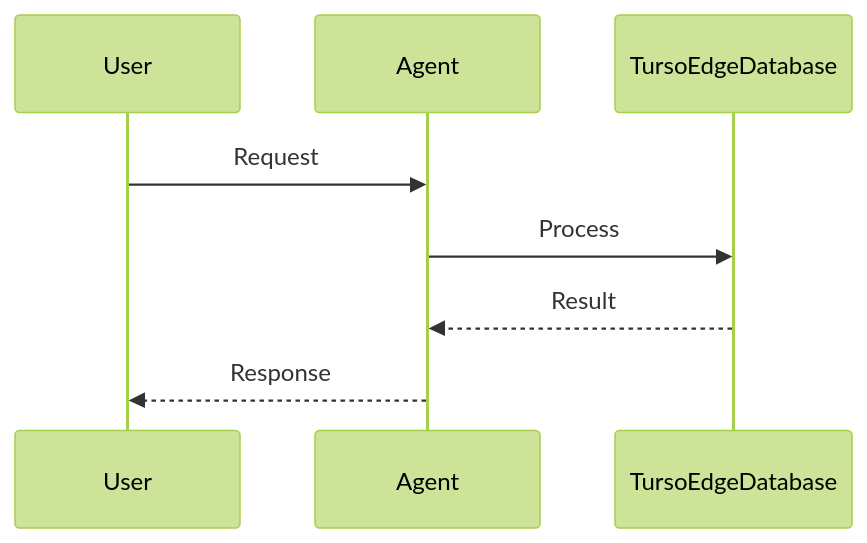
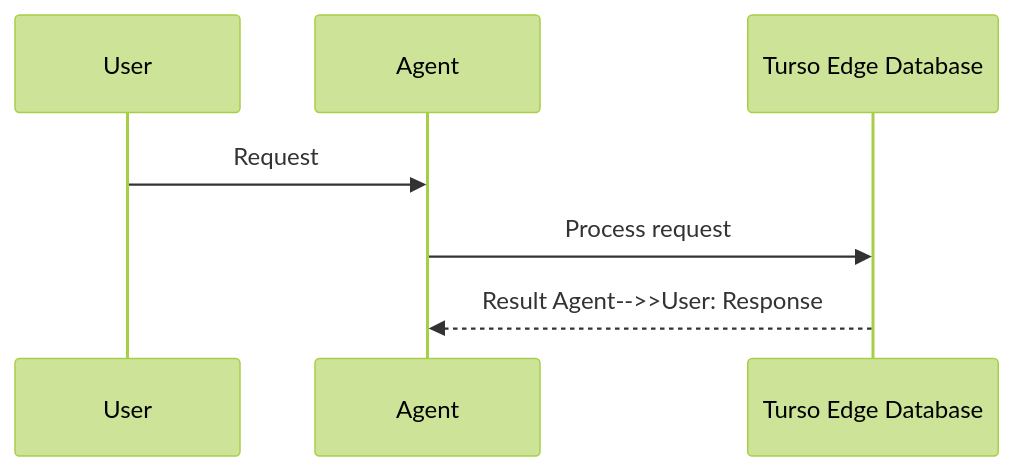
One commit to MervinPraison/PraisonAIDocs changed the second of 2 diagrams in docs/features/turso.mdx. Above: the diagram before and after it, drawn with Mermaid (forest theme). The commit also changed 204 other files, not shown here.

First line of the commit message:
docs: align feature/tool pages with AGENTS.md hero + sequence + import standards (fixes #1775)

````diff
--- a/docs/features/turso.mdx
+++ b/docs/features/turso.mdx
@@ -55,11 +55,10 @@
 ```mermaid
 sequenceDiagram
     participant User
     participant Agent
-    participant TursoEdgeDatabase
+    participant Feature as Turso Edge Database
 
     User->>Agent: Request
-    Agent->>TursoEdgeDatabase: Process
-    TursoEdgeDatabase-->>Agent: Result
-    Agent-->>User: Response
+    Agent->>Feature: Process request
+    Feature-->>Agent: Result    Agent-->>User: Response
 ```
````
